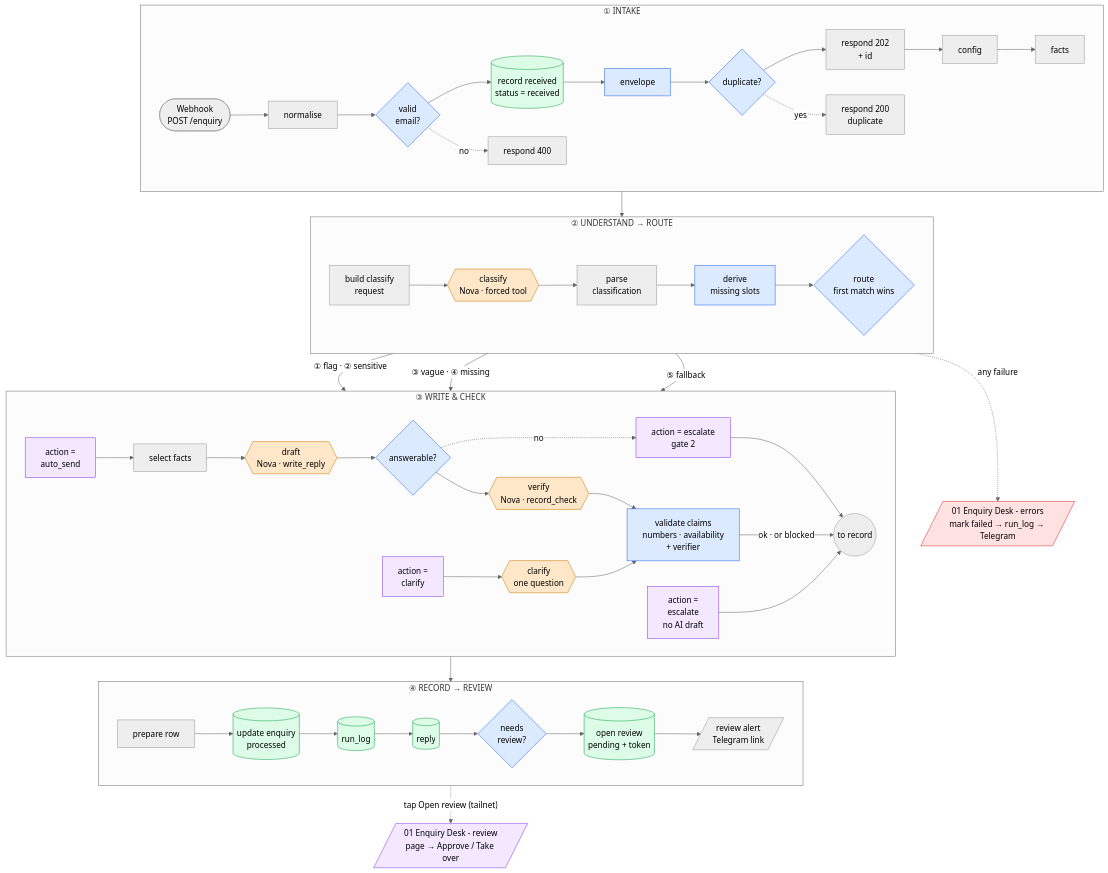
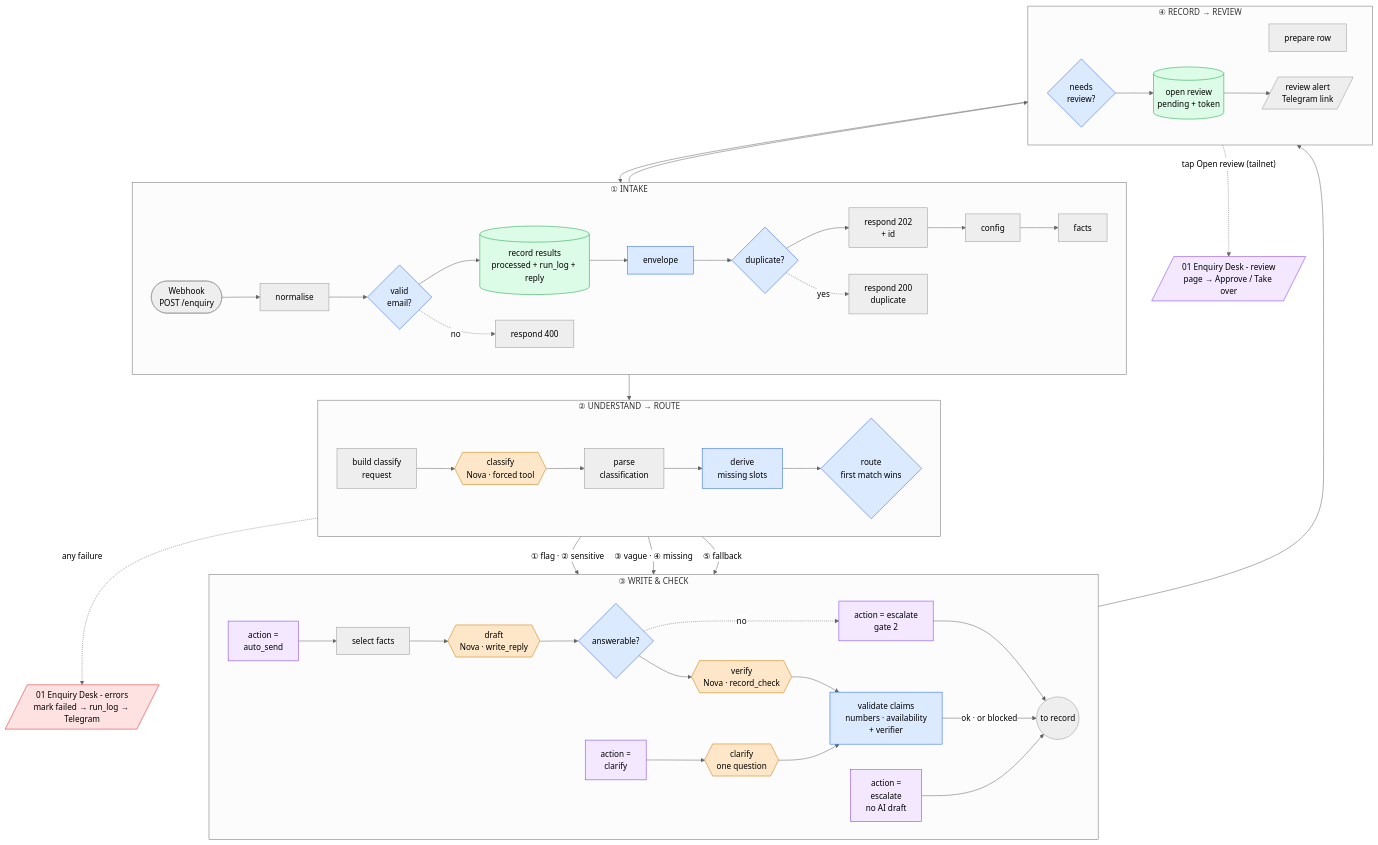
One commit to deeowemez/enquiry-desk changed the diagram in STATE.md. Above: the diagram before and after it, drawn with Mermaid (neutral theme). The commit also changed other lines of this file and 8 other files, not shown here.

First line of the commit message:
Record each enquiry's results in one transaction

````diff
--- a/STATE.md
+++ b/STATE.md
@@ -85,53 +85,53 @@
 ```mermaid
 flowchart TB
   subgraph S1["① INTAKE"]
     direction LR
     W([Webhook<br/>POST /enquiry]) --> N[normalise] --> VE{valid<br/>email?} --> RR[(record received<br/>status = received)] --> EN[envelope] --> DU{duplicate?} --> OK[respond 202<br/>+ id] --> CFG[config] --> F[facts]
     VE -. no .-> R4[respond 400]
     DU -. yes .-> R2[respond 200<br/>duplicate]
   end
 
   subgraph S2["② UNDERSTAND → ROUTE"]
     direction LR
     BC[build classify<br/>request] --> C{{classify<br/>Nova · forced tool}} --> PC[parse<br/>classification] --> D[derive<br/>missing slots] --> R{route<br/>first match wins}
   end
 
   subgraph S3["③ WRITE & CHECK"]
     direction LR
     A[action =<br/>auto_send] --> SF[select facts] --> DR{{draft<br/>Nova · write_reply}} --> G{answerable?} --> VF{{verify<br/>Nova · record_check}} --> V[validate claims<br/>numbers · availability<br/>+ verifier]
     G -. no .-> E2[action = escalate<br/>gate 2]
     Q[action =<br/>clarify] --> CL{{clarify<br/>one question}} --> V
     E[action =<br/>escalate<br/>no AI draft]
     TR((to record))
   end
 
   subgraph S4["④ RECORD → REVIEW"]
     direction LR
-    P[prepare row] --> IE[(update enquiry<br/>processed)] --> RL[(run_log)] --> RP[(reply)] --> NR{needs<br/>review?} --> OR[(open review<br/>pending + token)] --> TG[/review alert<br/>Telegram link/]
+    P[prepare row] --> RR[(record results<br/>processed + run_log + reply)] --> NR{needs<br/>review?} --> OR[(open review<br/>pending + token)] --> TG[/review alert<br/>Telegram link/]
   end
 
   X[/"01 Enquiry Desk - errors<br/>mark failed → run_log → Telegram"/]
   RV[/"01 Enquiry Desk - review<br/>page → Approve / Take over"/]
 
   F --> BC
   R -- "① flag · ② sensitive" --> E
   R -- "③ vague · ④ missing" --> Q
   R -- "⑤ fallback" --> A
   V -- "ok · or blocked" --> TR
   E --> TR
   E2 --> TR
   TR --> P
   TG -. "tap Open review (tailnet)" .-> RV
   C -. "any failure" .-> X
 
   classDef model fill:#fde7c8,stroke:#c97a00,color:#000
   classDef code fill:#dbeafe,stroke:#2563eb,color:#000
   classDef db fill:#dcfce7,stroke:#16a34a,color:#000
   classDef act fill:#f3e8ff,stroke:#7c3aed,color:#000
   classDef gap fill:#fee2e2,stroke:#dc2626,color:#000
   class C,DR,CL,VF model
   class D,R,G,V,EN,VE,DU,NR code
   class RR,IE,RL,RP,OR db
   class A,Q,E,E2,RV act
   class X gap
 ```
````
